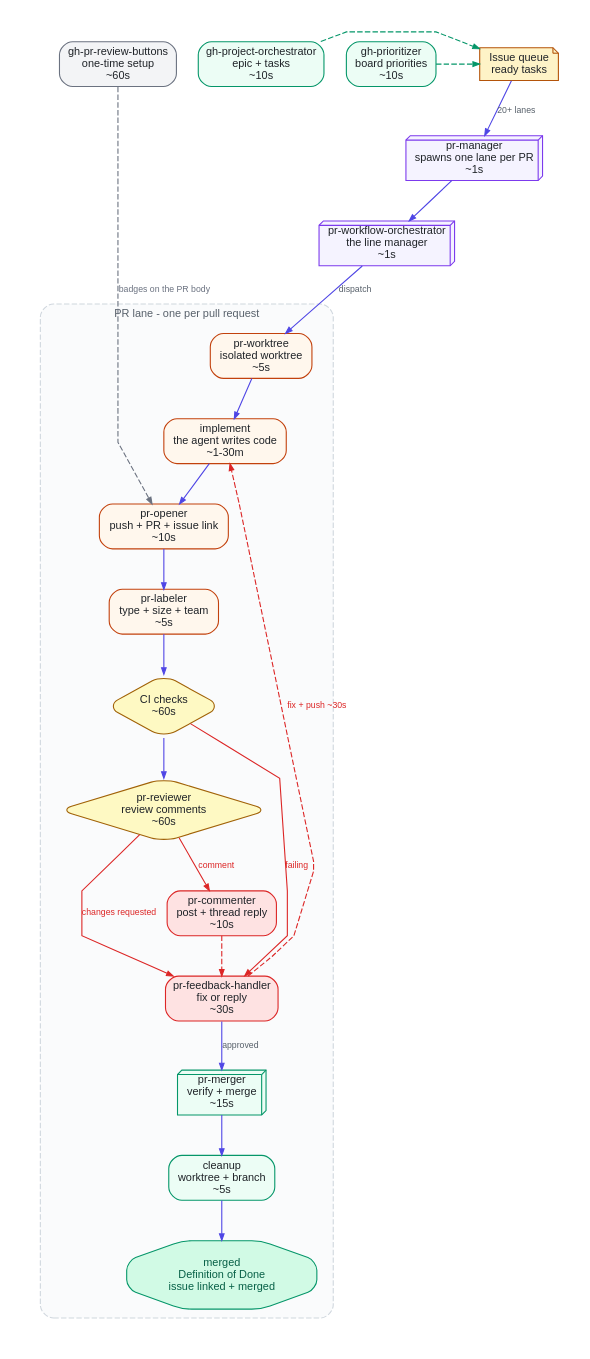
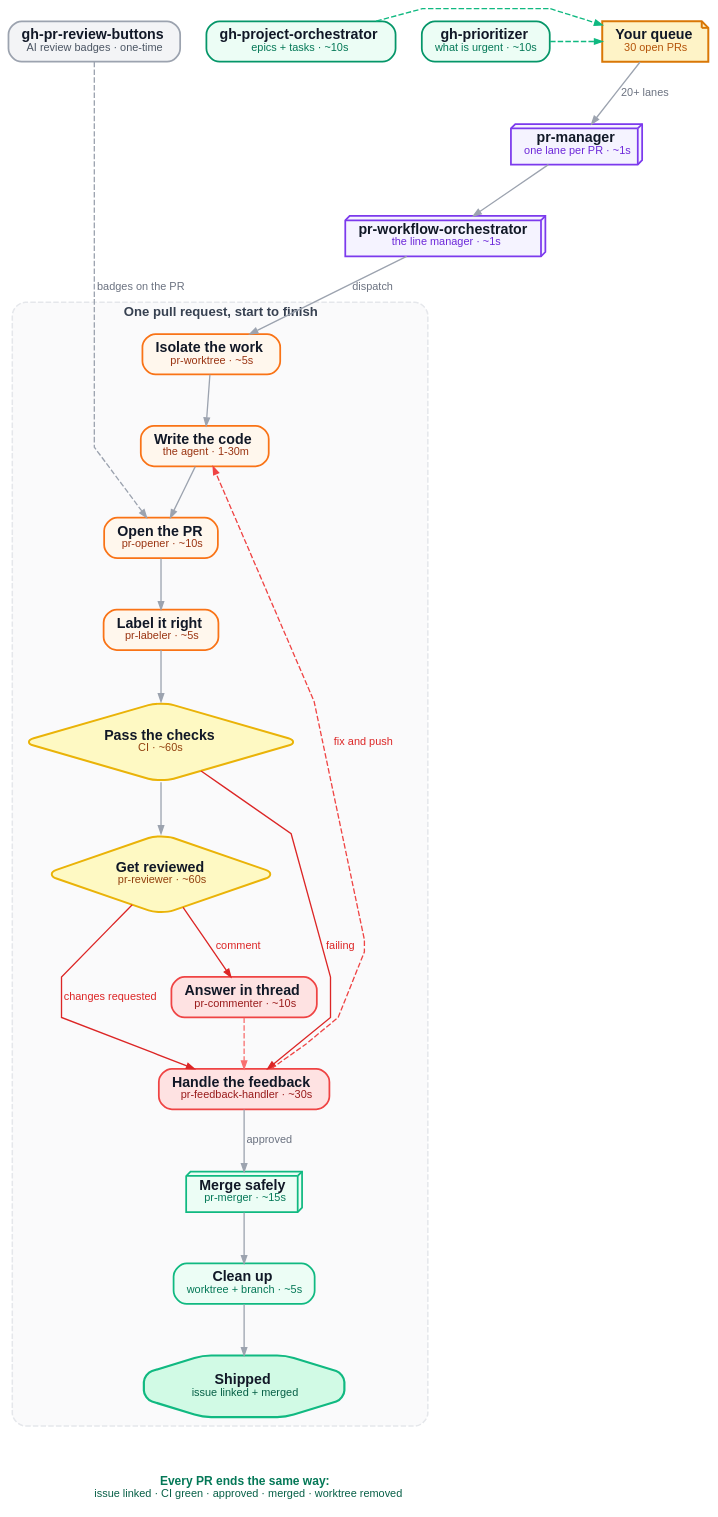
The diagram in assets/skill-calls.dot (kburym/gh-skills), drawn with Graphviz before and after one commit. The commit also changed 12 other files, not shown here.

First line of the commit message:
Make the diagrams marketing-ready, fix the OpenClaw link, and stop shipping a fake 13th skill

```diff
--- a/assets/skill-calls.dot
+++ b/assets/skill-calls.dot
@@ -1,89 +1,96 @@
-// gh-skills — the factory line: which skill calls which, and how long it takes.
+// gh-skills — the factory: what happens to a pull request, and how long it takes.
 // Render:  ./assets/build-diagram.sh   (dot + animated-SVG injection)
 // Source of truth: this file. The SVG in assets/ is generated from it.
-//
-// A PR is a production line. The orchestrator is the line manager, every
-// skill is a station, and the numbers are how long a station usually takes.
 digraph SKILL_FACTORY {
   rankdir=TB;
   splines=polyline;
-  bgcolor="#ffffff";
-  pad="0.3";
-  nodesep="0.28";
-  ranksep="0.50";
+  bgcolor="transparent";
+  pad="0.35";
+  nodesep="0.34";
+  ranksep="0.62";
+  fontname="Helvetica,Arial,sans-serif";
 
   node [shape=box, style="rounded,filled", fontname="Helvetica,Arial,sans-serif",
-        fontsize=10, fontcolor="#1f2328", color="#4f46e5", fillcolor="#eef2ff",
-        margin="0.12,0.06", height=0.30];
-  edge [color="#4f46e5", fontname="Helvetica,Arial,sans-serif", fontsize=8,
-        fontcolor="#57606a", arrowsize=0.6];
+        fontsize=13, fontcolor="#111827", color="#4F46E5", fillcolor="#EEF2FF",
+        penwidth=1.6, margin="0.16,0.10"];
+  edge [color="#9CA3AF", fontname="Helvetica,Arial,sans-serif", fontsize=10,
+        fontcolor="#6B7280", arrowsize=0.7, penwidth=1.2];
 
   // ---------------- intake ----------------
-  queue [label="Issue queue\nready tasks", shape=note, fillcolor="#fef3c7",
-         color="#b45309"];
-  mgr   [class="pulse", label="pr-manager\nspawns one lane per PR\n~1s", shape=box3d,
-         fillcolor="#f5f3ff", color="#7c3aed"];
-  orch  [class="pulse", label="pr-workflow-orchestrator\nthe line manager\n~1s",
-         shape=box3d, fillcolor="#f5f3ff", color="#7c3aed"];
-
-  queue -> mgr [label="20+ lanes"];
-  mgr -> orch;
+  queue [label=<<b>Your queue</b><br/><font point-size="10" color="#B45309">30 open PRs</font>>,
+         shape=note, fillcolor="#FEF3C7", color="#D97706", penwidth=1.8];
+  mgr   [label=<<b>pr-manager</b><br/><font point-size="10" color="#6D28D9">one lane per PR · ~1s</font>>,
+         shape=box3d, fillcolor="#F5F3FF", color="#7C3AED"];
+  orch  [label=<<b>pr-workflow-orchestrator</b><br/><font point-size="10" color="#6D28D9">the line manager · ~1s</font>>,
+         shape=box3d, fillcolor="#F5F3FF", color="#7C3AED"];
 
   // side stations that feed the queue
-  proj [label="gh-project-orchestrator\nepic + tasks\n~10s", fillcolor="#ecfdf5",
-         color="#059669"];
-  prio [label="gh-prioritizer\nboard priorities\n~10s", fillcolor="#ecfdf5",
-         color="#059669"];
-  proj -> queue [style=dashed, color="#059669", fontcolor="#059669"];
-  prio -> queue [style=dashed, color="#059669", fontcolor="#059669"];
+  proj [label=<<b>gh-project-orchestrator</b><br/><font point-size="10" color="#047857">epics + tasks · ~10s</font>>,
+        fillcolor="#ECFDF5", color="#059669"];
+  prio [label=<<b>gh-prioritizer</b><br/><font point-size="10" color="#047857">what is urgent · ~10s</font>>,
+        fillcolor="#ECFDF5", color="#059669"];
+  btns [label=<<b>gh-pr-review-buttons</b><br/><font point-size="10" color="#4B5563">AI review badges · one-time</font>>,
+        fillcolor="#F3F4F6", color="#9CA3AF"];
 
   // ---------------- the line ----------------
   subgraph cluster_lane {
-    label="PR lane - one per pull request";
-    fontname="Helvetica,Arial,sans-serif"; fontsize=10; fontcolor="#57606a";
-    color="#d0d7de"; style="rounded,dashed"; bgcolor="#fafbfc";
+    label=<<b>One pull request, start to finish</b>>;
+    fontname="Helvetica,Arial,sans-serif"; fontsize=12; fontcolor="#374151";
+    color="#E5E7EB"; style="rounded,dashed"; penwidth=1.4; bgcolor="#FAFAFB";
 
-    wt    [label="pr-worktree\nisolated worktree\n~5s", fillcolor="#fff7ed", color="#c2410c"];
-    impl  [label="implement\nthe agent writes code\n~1-30m", fillcolor="#fff7ed", color="#c2410c"];
-    open  [label="pr-opener\npush + PR + issue link\n~10s", fillcolor="#fff7ed", color="#c2410c"];
-    lab   [label="pr-labeler\ntype + size + team\n~5s", fillcolor="#fff7ed", color="#c2410c"];
-    ci    [class="pulse", label="CI checks\n~60s", shape=diamond, fillcolor="#fef9c3",
-           color="#a16207", width=1.0, height=0.8];
-    rev   [class="pulse", label="pr-reviewer\nreview comments\n~60s", shape=diamond,
-           fillcolor="#fef9c3", color="#a16207", width=1.0, height=0.8];
-    fb    [class="pulse", label="pr-feedback-handler\nfix or reply\n~30s",
-           fillcolor="#fee2e2", color="#dc2626"];
-    cmt   [label="pr-commenter\npost + thread reply\n~10s", fillcolor="#fee2e2", color="#dc2626"];
-    mrg   [class="pulse", label="pr-merger\nverify + merge\n~15s", shape=box3d,
-           fillcolor="#ecfdf5", color="#059669"];
-    clean [class="pulse", label="cleanup\nworktree + branch\n~5s", fillcolor="#ecfdf5",
-           color="#059669"];
-    done  [class="pulse", label="merged\nDefinition of Done\nissue linked + merged",
-           shape=octagon, fillcolor="#d1fae5", color="#059669", fontcolor="#065f46"];
+    wt    [label=<<b>Isolate the work</b><br/><font point-size="10" color="#9A3412">pr-worktree · ~5s</font>>,
+           fillcolor="#FFF7ED", color="#F97316"];
+    impl  [label=<<b>Write the code</b><br/><font point-size="10" color="#9A3412">the agent · 1-30m</font>>,
+           fillcolor="#FFF7ED", color="#F97316"];
+    open  [label=<<b>Open the PR</b><br/><font point-size="10" color="#9A3412">pr-opener · ~10s</font>>,
+           fillcolor="#FFF7ED", color="#F97316"];
+    lab   [label=<<b>Label it right</b><br/><font point-size="10" color="#9A3412">pr-labeler · ~5s</font>>,
+           fillcolor="#FFF7ED", color="#F97316"];
+    ci    [class="pulse", label=<<b>Pass the checks</b><br/><font point-size="10" color="#92400E">CI · ~60s</font>>,
+           shape=diamond, fillcolor="#FEF9C3", color="#EAB308", penwidth=1.8];
+    rev   [class="pulse", label=<<b>Get reviewed</b><br/><font point-size="10" color="#92400E">pr-reviewer · ~60s</font>>,
+           shape=diamond, fillcolor="#FEF9C3", color="#EAB308", penwidth=1.8];
+    fb    [class="pulse", label=<<b>Handle the feedback</b><br/><font point-size="10" color="#991B1B">pr-feedback-handler · ~30s</font>>,
+           fillcolor="#FEE2E2", color="#EF4444"];
+    cmt   [label=<<b>Answer in thread</b><br/><font point-size="10" color="#991B1B">pr-commenter · ~10s</font>>,
+           fillcolor="#FEE2E2", color="#EF4444"];
+    mrg   [class="pulse", label=<<b>Merge safely</b><br/><font point-size="10" color="#047857">pr-merger · ~15s</font>>,
+           shape=box3d, fillcolor="#ECFDF5", color="#10B981"];
+    clean [class="pulse", label=<<b>Clean up</b><br/><font point-size="10" color="#047857">worktree + branch · ~5s</font>>,
+           fillcolor="#ECFDF5", color="#10B981"];
+    done  [class="pulse", label=<<b>Shipped</b><br/><font point-size="10" color="#065F46">issue linked + merged</font>>,
+           shape=octagon, fillcolor="#D1FAE5", color="#10B981", penwidth=2];
 
     wt -> impl -> open -> lab -> ci -> rev;
-    rev -> fb [label="changes requested", color="#dc2626", fontcolor="#dc2626"];
-    rev -> cmt [label="comment", color="#dc2626", fontcolor="#dc2626"];
-    cmt -> fb [style=dashed, color="#dc2626"];
-    ci  -> fb [label="failing", color="#dc2626", fontcolor="#dc2626"];
-    fb  -> impl [label="fix + push ~30s", style=dashed, color="#dc2626",
-                 fontcolor="#dc2626", constraint=false];
-    fb  -> mrg [label="approved"];
+    rev -> fb [label=" changes requested ", color="#DC2626", fontcolor="#DC2626"];
+    rev -> cmt [label=" comment ", color="#DC2626", fontcolor="#DC2626"];
+    cmt -> fb [style=dashed, color="#F87171"];
+    ci  -> fb [label=" failing ", color="#DC2626", fontcolor="#DC2626"];
+    fb  -> impl [label=" fix and push ", style=dashed, color="#EF4444", fontcolor="#DC2626",
+                 constraint=false];
+    fb  -> mrg [label=" approved "];
     mrg -> clean -> done;
 
-    // station ranks inside the lane
-                      }
+    // stage ranks inside the line
+                      { rank=same; done; }
+  }
 
-  orch -> wt [label="dispatch"];
+  // ---------------- the promise ----------------
+  promise [label=<<font point-size="11" color="#047857"><b>Every PR ends the same way:</b></font><br/><font point-size="10" color="#065F46">issue linked · CI green · approved · merged · worktree removed</font>>,
+            shape=plaintext, fillcolor="none", color="none"];
 
-  // one-time station
-  btns [label="gh-pr-review-buttons\none-time setup\n~60s", fillcolor="#f3f4f6",
-         color="#6b7280"];
-  btns -> open [style=dashed, color="#6b7280", fontcolor="#6b7280",
-                label="badges on the PR body"];
+  // ---------------- edges ----------------
+  queue -> mgr [label=" 20+ lanes "];
+  mgr -> orch;
+  orch -> wt [label=" dispatch "];
+  proj -> queue [style=dashed, color="#10B981", fontcolor="#047857"];
+  prio -> queue [style=dashed, color="#10B981", fontcolor="#047857"];
+  btns -> open [style=dashed, color="#9CA3AF", fontcolor="#6B7280", label=" badges on the PR "];
+  done -> promise [style=invis];
 
   // ---------------- ranks ----------------
   { rank=same; queue; proj; prio; btns; }
   { rank=same; mgr; }
   { rank=same; orch; }
+  { rank=same; promise; }
 }
```
